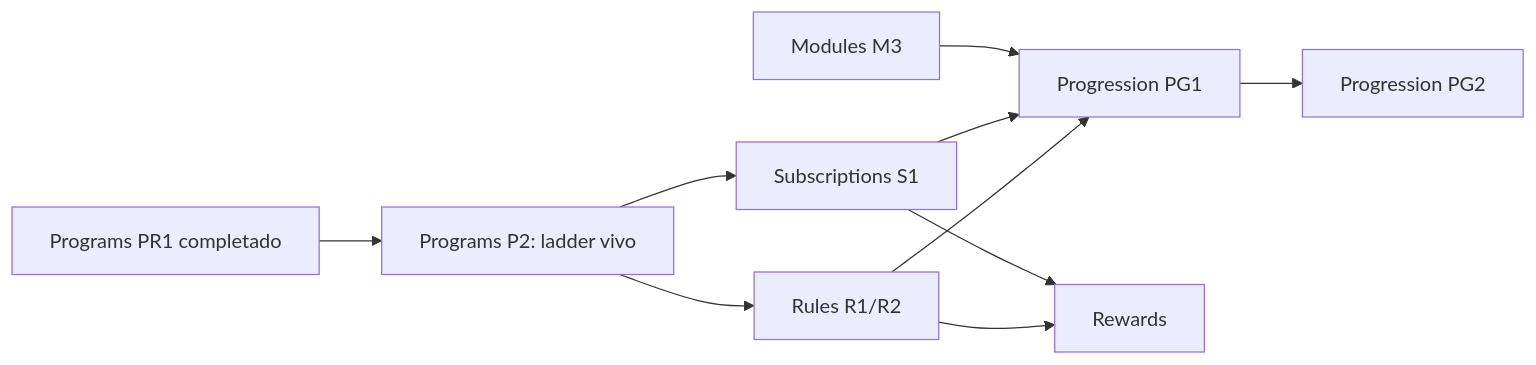
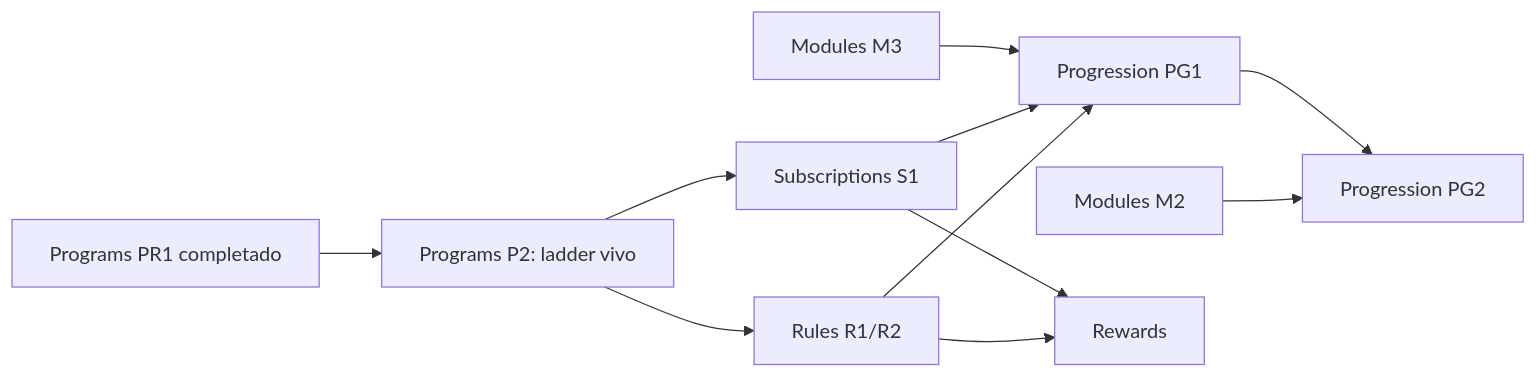
Before and after one commit to MMTech-Solutions/ib-service: the diagram in docs/roadmap/README.md, drawn with Mermaid. The commit also changed other lines of this file and 15 other files, not shown here.

````diff
--- a/docs/roadmap/README.md
+++ b/docs/roadmap/README.md
@@ -43,12 +44,13 @@
 ```mermaid
 flowchart LR
     PR1["Programs PR1 completado"] --> P2["Programs P2: ladder vivo"]
     P2 --> Rules["Rules R1/R2"]
     P2 --> Subs["Subscriptions S1"]
     Rules --> Progression["Progression PG1"]
     Subs --> Progression
     ModulesM3["Modules M3"] --> Progression
+    ModulesM2["Modules M2"] --> PG2
     Progression --> PG2["Progression PG2"]
     Rules --> Rewards["Rewards"]
     Subs --> Rewards
 ```
````
